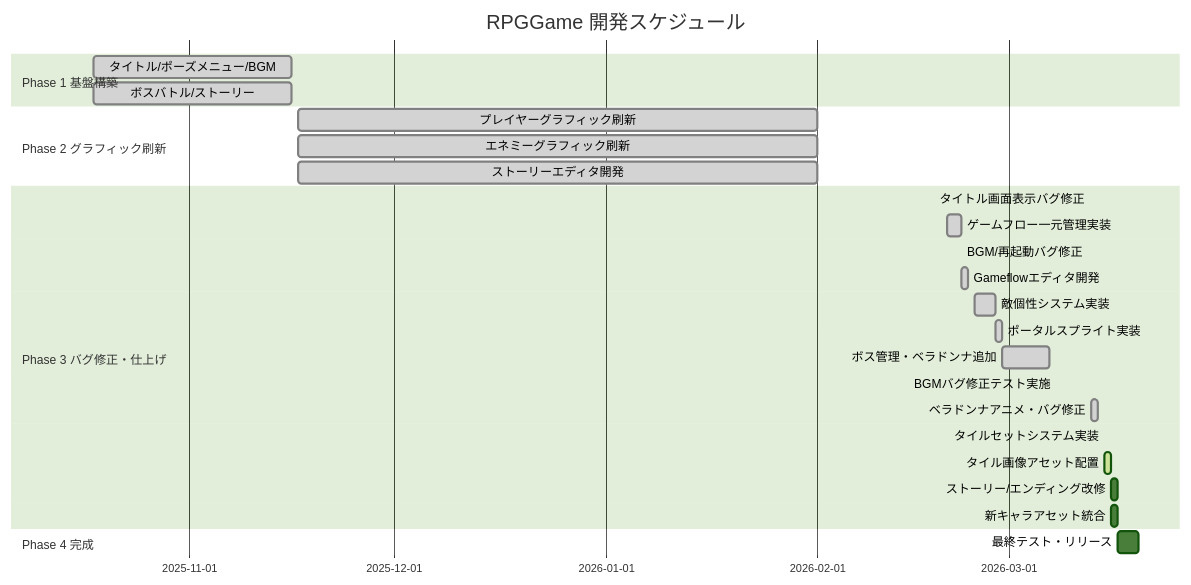
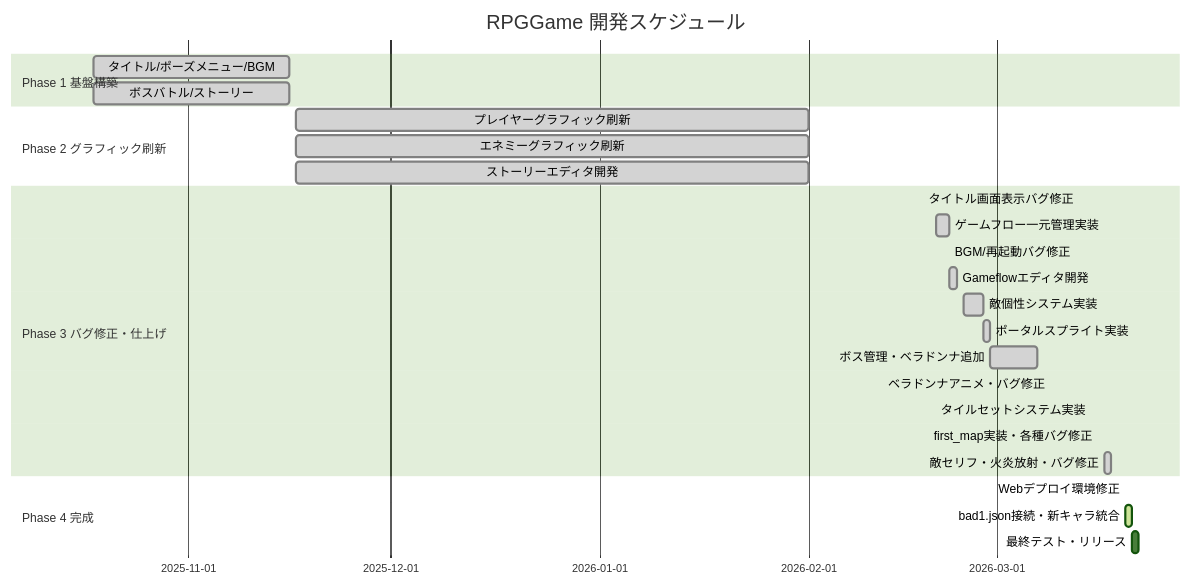
One commit to TakaI2/RPG-Game changed the diagram in PROJECT_STATUS.md. Above: the diagram before and after it, drawn with Mermaid (forest theme). The commit also changed other lines of this file and 11 other files, not shown here.

````diff
--- a/PROJECT_STATUS.md
+++ b/PROJECT_STATUS.md
@@ -95,28 +96,28 @@
 ```mermaid
 gantt
     title RPGGame 開発スケジュール
     dateFormat YYYY-MM-DD
     section Phase 1 基盤構築
     タイトル/ポーズメニュー/BGM    :done, phase1a, 2025-10-18, 2025-11-16
     ボスバトル/ストーリー           :done, phase1b, 2025-10-18, 2025-11-16
     section Phase 2 グラフィック刷新
     プレイヤーグラフィック刷新      :done, phase2a, 2025-11-17, 2026-02-01
     エネミーグラフィック刷新        :done, phase2b, 2025-11-17, 2026-02-01
     ストーリーエディタ開発          :done, phase2c, 2025-11-17, 2026-02-01
     section Phase 3 バグ修正・仕上げ
     タイトル画面表示バグ修正        :done, phase3a, 2026-02-18, 2026-02-18
     ゲームフロー一元管理実装        :done, phase3b, 2026-02-20, 2026-02-22
     BGM/再起動バグ修正             :done, phase3c, 2026-02-22, 2026-02-22
     Gameflowエディタ開発            :done, phase3d, 2026-02-22, 2026-02-23
     敵個性システム実装              :done, phase3e, 2026-02-24, 2026-02-27
     ポータルスプライト実装          :done, phase3f, 2026-02-27, 2026-02-28
     ボス管理・ベラドンナ追加        :done, phase3g, 2026-02-28, 2026-03-07
-    BGMバグ修正テスト実施           :done, phase3h, 2026-03-08, 2026-03-08
-    ベラドンナアニメ・バグ修正      :done, phase3i, 2026-03-13, 2026-03-14
+    ベラドンナアニメ・バグ修正      :done, phase3i, 2026-03-09, 2026-03-09
     タイルセットシステム実装        :done, phase3j, 2026-03-15, 2026-03-15
-    タイル画像アセット配置          :active, phase3k, 2026-03-15, 2026-03-16
-    ストーリー/エンディング改修     :phase3l, 2026-03-16, 2026-03-17
-    新キャラアセット統合            :phase3m, 2026-03-16, 2026-03-17
+    first_map実装・各種バグ修正     :done, phase3k, 2026-03-16, 2026-03-16
+    敵セリフ・火炎放射・バグ修正    :done, phase3l, 2026-03-17, 2026-03-18
     section Phase 4 完成
-    最終テスト・リリース            :phase4, 2026-03-17, 2026-03-20
+    Webデプロイ環境修正             :done, phase4a, 2026-03-20, 2026-03-20
+    bad1.json接続・新キャラ統合     :active, phase4b, 2026-03-20, 2026-03-21
+    最終テスト・リリース            :phase4c, 2026-03-21, 2026-03-22
 ```
````
